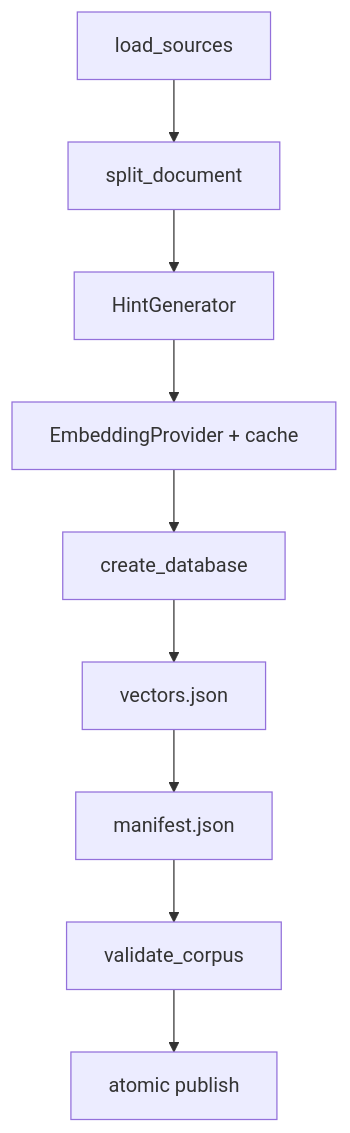
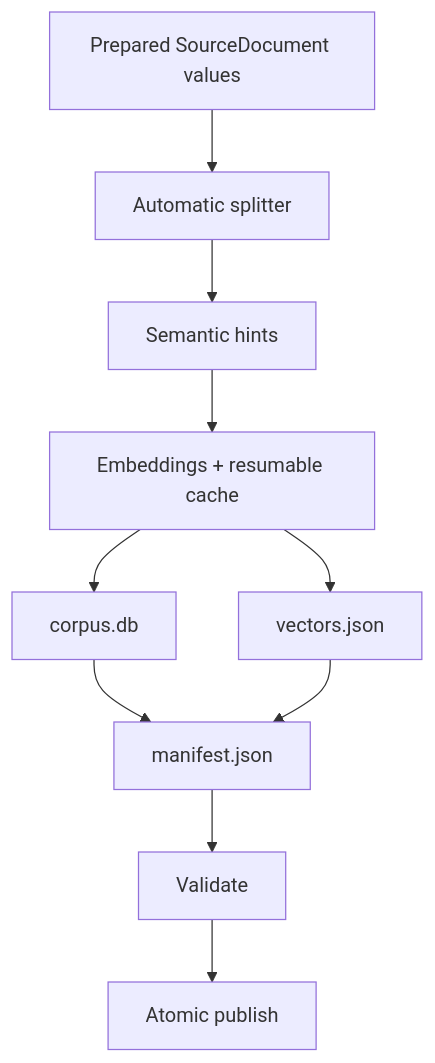
The fourth of 5 diagrams in corpus-builder/IMPLEMENTATION.md (folk21/sibyl), drawn with Mermaid before and after one commit. The commit also changed other lines of this file and 118 other files, not shown here.

````diff
--- a/corpus-builder/IMPLEMENTATION.md
+++ b/corpus-builder/IMPLEMENTATION.md
@@ -98,11 +117,12 @@
 ```mermaid
 flowchart TD
-    L[load_sources] --> P[split_document]
-    P --> H[HintGenerator]
-    H --> E[EmbeddingProvider + cache]
-    E --> D[create_database]
-    D --> V[vectors.json]
-    V --> M[manifest.json]
-    M --> C[validate_corpus]
-    C --> O[atomic publish]
+    P[Prepared SourceDocument values] --> S[Automatic splitter]
+    S --> H[Semantic hints]
+    H --> E[Embeddings + resumable cache]
+    E --> D[corpus.db]
+    E --> V[vectors.json]
+    D --> M[manifest.json]
+    V --> M
+    M --> Q[Validate]
+    Q --> A[Atomic publish]
 ```
````
